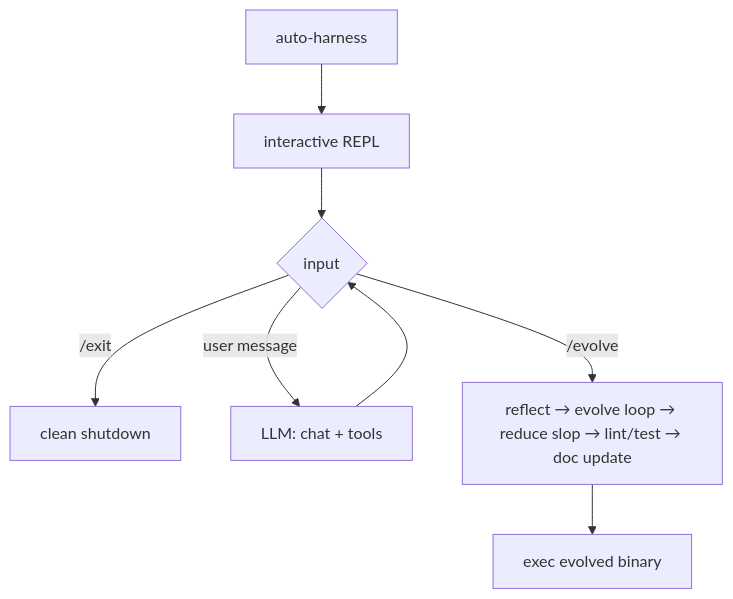
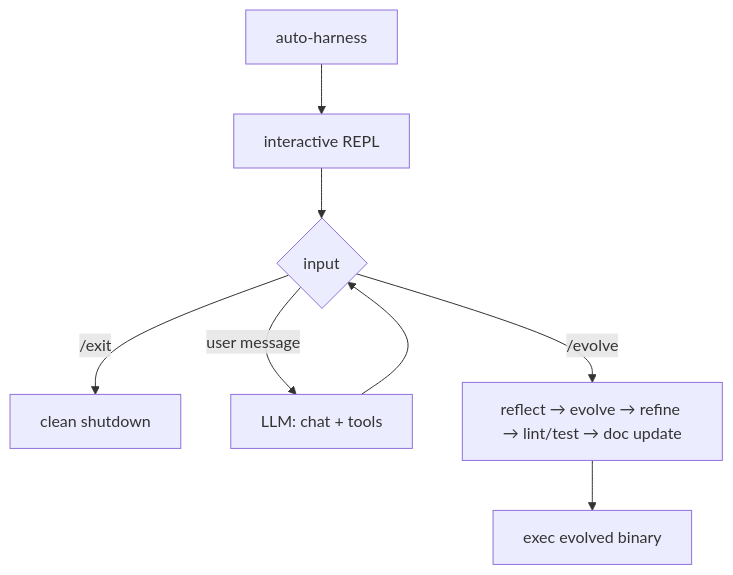
One commit to Engineering4AI/AutoHarness changed the diagram in README.md. Above: the diagram before and after it, drawn with Mermaid. The commit also changed other lines of this file and 3 other files, not shown here.

Commit message:
Refine terminology in CLAUDE.md and README.md; update evolve_system.txt with new code quality constraints

````diff
--- a/README.md
+++ b/README.md
@@ -57,10 +57,10 @@
 ```mermaid
 flowchart TD
     A[auto-harness] --> B[interactive REPL]
     B --> C{input}
     C -->|/exit| Z[clean shutdown]
     C -->|user message| E[LLM: chat + tools]
     E --> C
-    C -->|/evolve| D[reflect → evolve loop → reduce slop → lint/test → doc update]
+    C -->|/evolve| D[reflect → evolve → refine → lint/test → doc update]
     D --> R[exec evolved binary]
 ```
````
